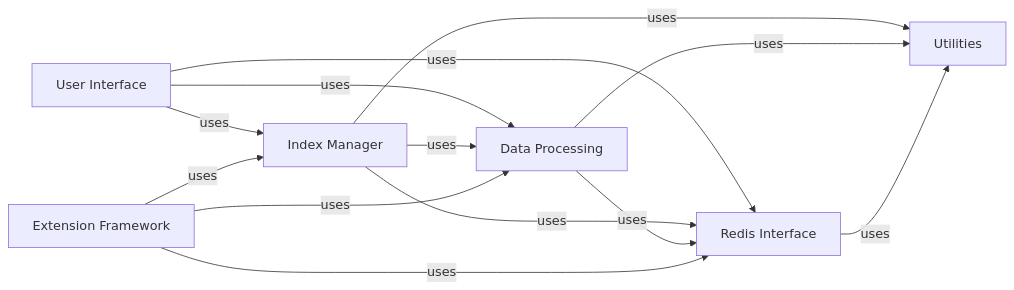
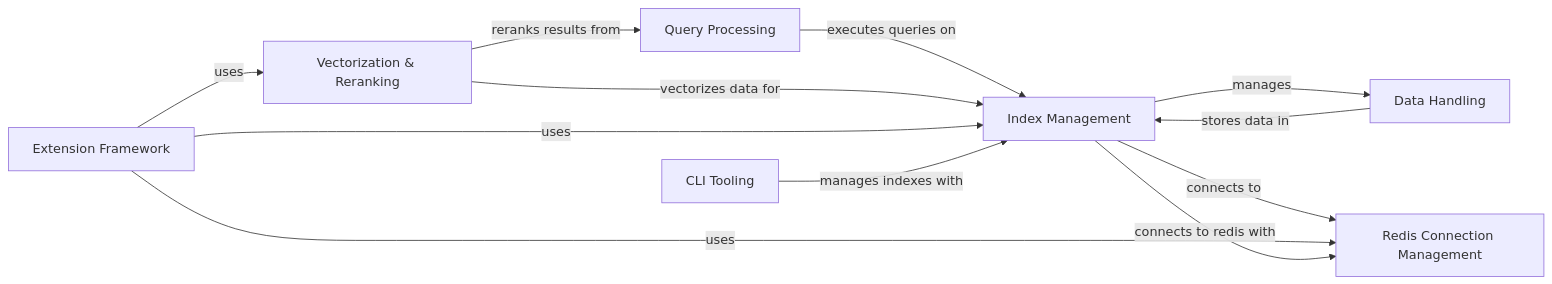
One commit to CodeBoarding/GeneratedOnBoardings changed the diagram in redis-vl-python/on_boarding.md. Above: the diagram before and after it, drawn with Mermaid. The commit also changed other lines of this file and 12 other files, not shown here.

Commit message:
Uploading onboarding materials for redis-vl-python

````diff
--- a/redis-vl-python/on_boarding.md
+++ b/redis-vl-python/on_boarding.md
@@ -1,27 +1,28 @@
 ```mermaid
 graph LR
-    User_Interface["User Interface"]
-    Index_Manager["Index Manager"]
-    Data_Processing["Data Processing"]
-    Redis_Interface["Redis Interface"]
+    Index_Management["Index Management"]
+    Query_Processing["Query Processing"]
+    Data_Handling["Data Handling"]
+    Vectorization_Reranking["Vectorization & Reranking"]
+    CLI_Tooling["CLI Tooling"]
+    Redis_Connection_Management["Redis Connection Management"]
     Extension_Framework["Extension Framework"]
-    Utilities["Utilities"]
-    User_Interface -- "uses" --> Index_Manager
-    User_Interface -- "uses" --> Data_Processing
-    User_Interface -- "uses" --> Redis_Interface
-    Index_Manager -- "uses" --> Data_Processing
-    Index_Manager -- "uses" --> Redis_Interface
-    Index_Manager -- "uses" --> Utilities
-    Data_Processing -- "uses" --> Redis_Interface
-    Data_Processing -- "uses" --> Utilities
-    Extension_Framework -- "uses" --> Index_Manager
-    Extension_Framework -- "uses" --> Data_Processing
-    Extension_Framework -- "uses" --> Redis_Interface
-    Redis_Interface -- "uses" --> Utilities
-    click User_Interface href "https://github.com/CodeBoarding/GeneratedOnBoardings/blob/main/redis-vl-python/User Interface.md" "Details"
-    click Index_Manager href "https://github.com/CodeBoarding/GeneratedOnBoardings/blob/main/redis-vl-python/Index Manager.md" "Details"
-    click Data_Processing href "https://github.com/CodeBoarding/GeneratedOnBoardings/blob/main/redis-vl-python/Data Processing.md" "Details"
-    click Redis_Interface href "https://github.com/CodeBoarding/GeneratedOnBoardings/blob/main/redis-vl-python/Redis Interface.md" "Details"
+    Index_Management -- "manages" --> Data_Handling
+    Query_Processing -- "executes queries on" --> Index_Management
+    Vectorization_Reranking -- "vectorizes data for" --> Index_Management
+    Vectorization_Reranking -- "reranks results from" --> Query_Processing
+    Index_Management -- "connects to" --> Redis_Connection_Management
+    Extension_Framework -- "uses" --> Vectorization_Reranking
+    Extension_Framework -- "uses" --> Index_Management
+    Extension_Framework -- "uses" --> Redis_Connection_Management
+    CLI_Tooling -- "manages indexes with" --> Index_Management
+    Data_Handling -- "stores data in" --> Index_Management
+    Index_Management -- "connects to redis with" --> Redis_Connection_Management
+    click Index_Management href "https://github.com/CodeBoarding/GeneratedOnBoardings/blob/main/redis-vl-python/Index Management.md" "Details"
+    click Query_Processing href "https://github.com/CodeBoarding/GeneratedOnBoardings/blob/main/redis-vl-python/Query Processing.md" "Details"
+    click Data_Handling href "https://github.com/CodeBoarding/GeneratedOnBoardings/blob/main/redis-vl-python/Data Handling.md" "Details"
+    click Vectorization_Reranking href "https://github.com/CodeBoarding/GeneratedOnBoardings/blob/main/redis-vl-python/Vectorization & Reranking.md" "Details"
+    click CLI_Tooling href "https://github.com/CodeBoarding/GeneratedOnBoardings/blob/main/redis-vl-python/CLI Tooling.md" "Details"
+    click Redis_Connection_Management href "https://github.com/CodeBoarding/GeneratedOnBoardings/blob/main/redis-vl-python/Redis Connection Management.md" "Details"
     click Extension_Framework href "https://github.com/CodeBoarding/GeneratedOnBoardings/blob/main/redis-vl-python/Extension Framework.md" "Details"
-    click Utilities href "https://github.com/CodeBoarding/GeneratedOnBoardings/blob/main/redis-vl-python/Utilities.md" "Details"
 ```
````
